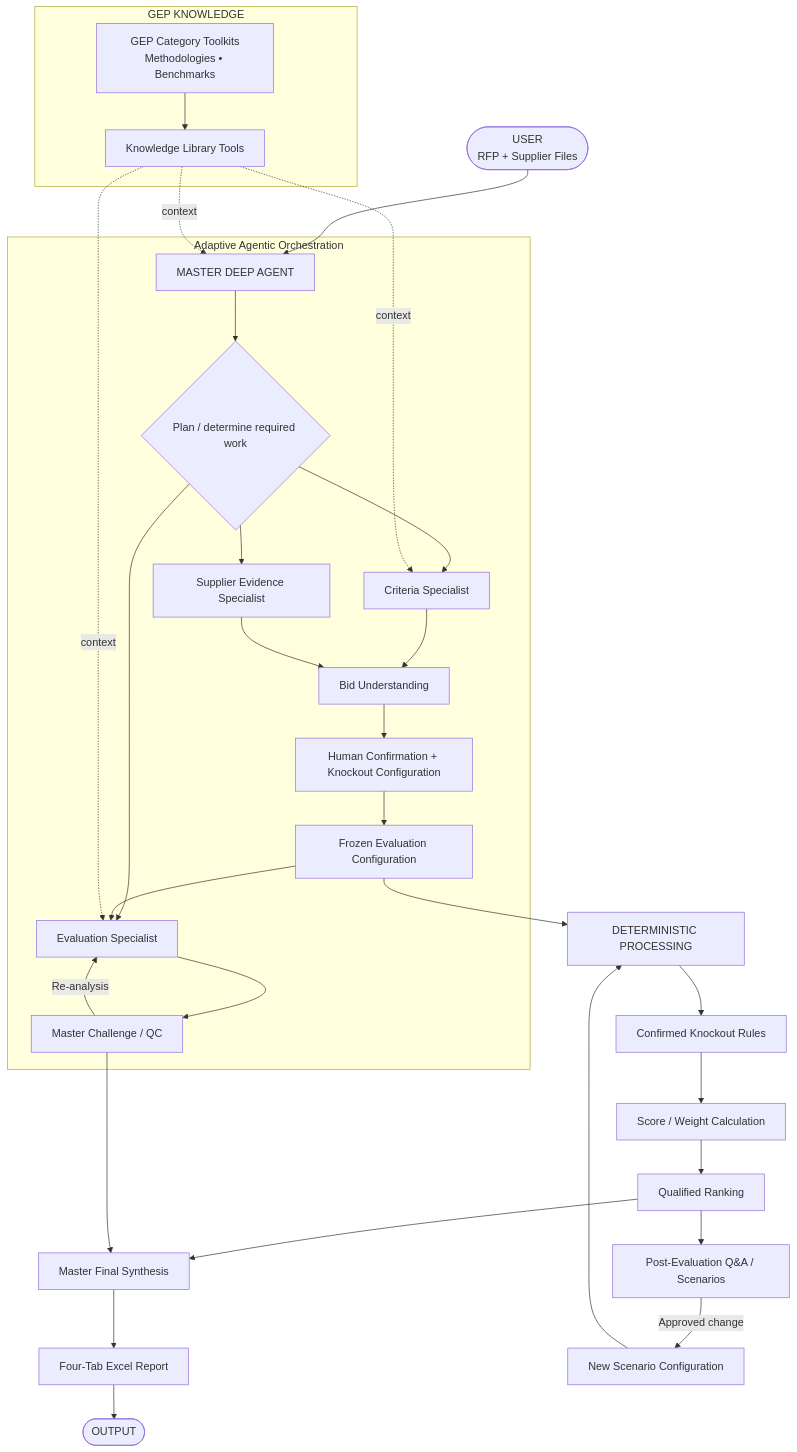
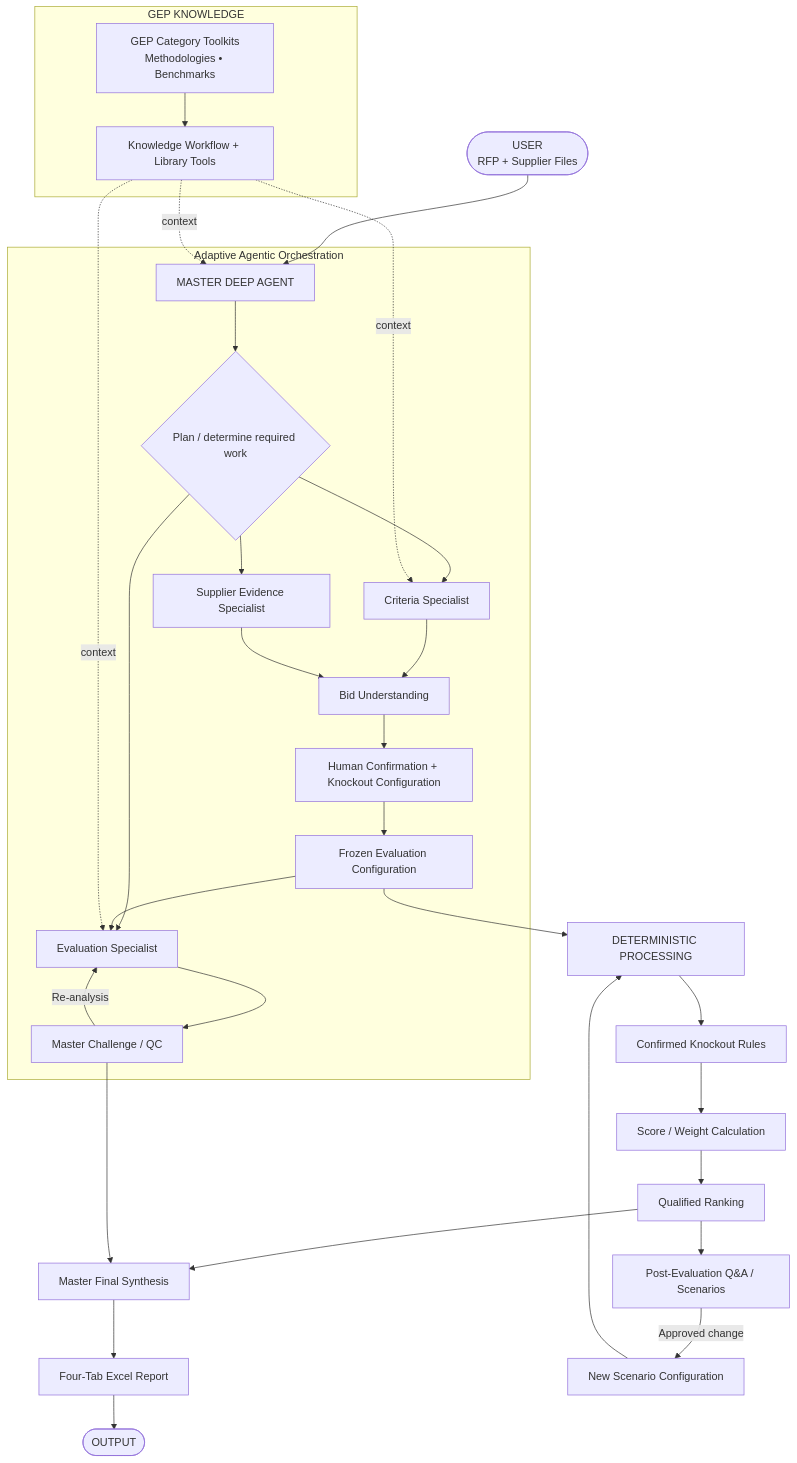
The diagram in Bid Analysis Agent/README.md (adityarane-ai/Agentic-Orchestrations), drawn with Mermaid before and after one commit. The commit also changed other lines of this file, not shown here.

````diff
--- a/Bid Analysis Agent/README.md
+++ b/Bid Analysis Agent/README.md
@@ -47,41 +47,41 @@
 ```mermaid
 flowchart TB
     U([USER<br/>RFP + Supplier Files]) --> M[MASTER DEEP AGENT]
 
     subgraph AGENT[Adaptive Agentic Orchestration]
         M --> P{Plan / determine required work}
         P --> C[Criteria Specialist]
         P --> S[Supplier Evidence Specialist]
         P --> E[Evaluation Specialist]
         C --> B[Bid Understanding]
         S --> B
         B --> H[Human Confirmation + Knockout Configuration]
         H --> CFG[Frozen Evaluation Configuration]
         CFG --> E
         E --> QC[Master Challenge / QC]
         QC -->|Re-analysis| E
     end
 
     subgraph KNOW[GEP KNOWLEDGE]
         K[GEP Category Toolkits<br/>Methodologies • Benchmarks]
-        KT[Knowledge Library Tools]
+        KT[Knowledge Workflow + Library Tools]
         K --> KT
     end
 
     KT -. context .-> M
     KT -. context .-> C
     KT -. context .-> E
 
     CFG --> D[DETERMINISTIC PROCESSING]
     D --> KO[Confirmed Knockout Rules]
     KO --> SCORE[Score / Weight Calculation]
     SCORE --> RANK[Qualified Ranking]
     RANK --> SYN[Master Final Synthesis]
     QC --> SYN
     SYN --> REPORT[Four-Tab Excel Report]
     REPORT --> OUT([OUTPUT])
 
     RANK --> QA[Post-Evaluation Q&A / Scenarios]
     QA -->|Approved change| SCEN[New Scenario Configuration]
     SCEN --> D
 ```
````
